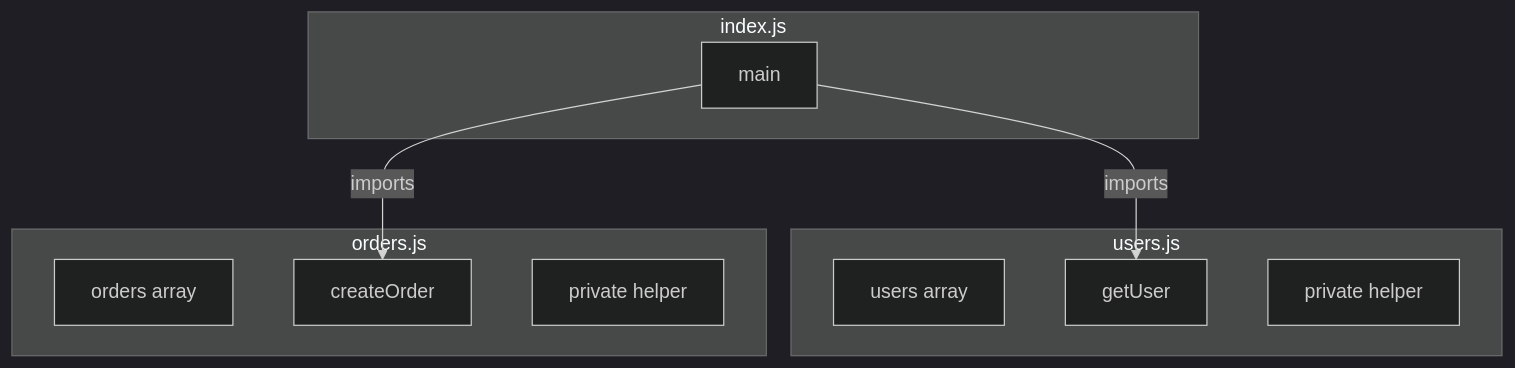
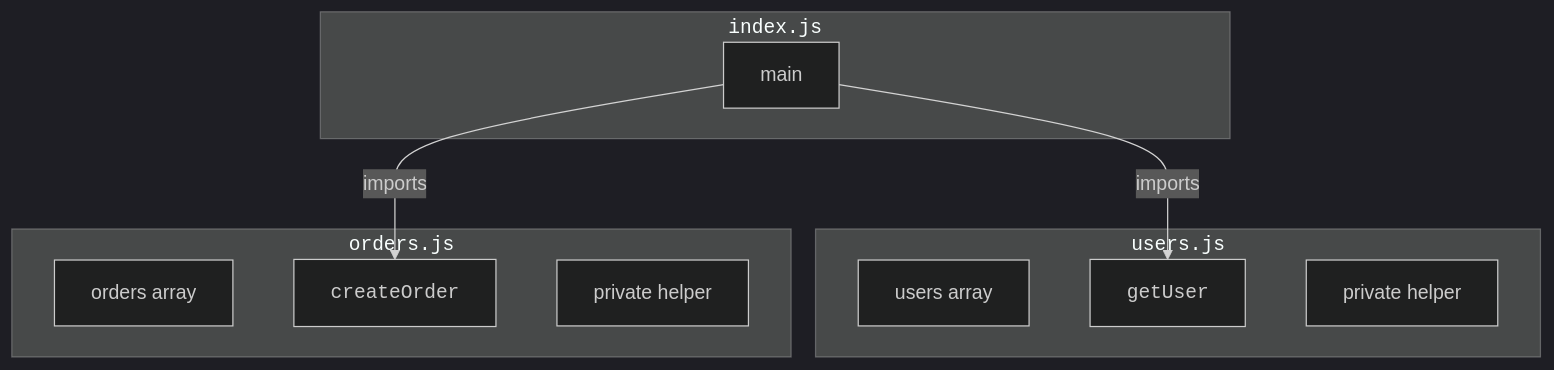
Before and after one commit to dataslope/dataslope: the first of 2 diagrams in content/learn/beginners-javascript/modular-organization.mdx, drawn with Mermaid (dark theme). The commit also changed other lines of this file and 218 other files, not shown here.

First line of the commit message:
Render code-only mermaid shapes in monospace; convert step sequences to Steps (#467)

````diff
--- a/content/learn/beginners-javascript/modular-organization.mdx
+++ b/content/learn/beginners-javascript/modular-organization.mdx
@@ -26,18 +26,18 @@
 ```mermaid
 flowchart TD
-    subgraph users.js
+    subgraph users.js["<code>users.js</code>"]
         U1[users array]
-        U2[getUser]
+        U2["<code>getUser</code>"]
         U3[private helper]
     end
-    subgraph orders.js
+    subgraph orders.js["<code>orders.js</code>"]
         O1[orders array]
-        O2[createOrder]
+        O2["<code>createOrder</code>"]
         O3[private helper]
     end
-    subgraph index.js
+    subgraph index.js["<code>index.js</code>"]
         I1[main]
     end
     I1 -->|imports| U2
     I1 -->|imports| O2
 ```
````
